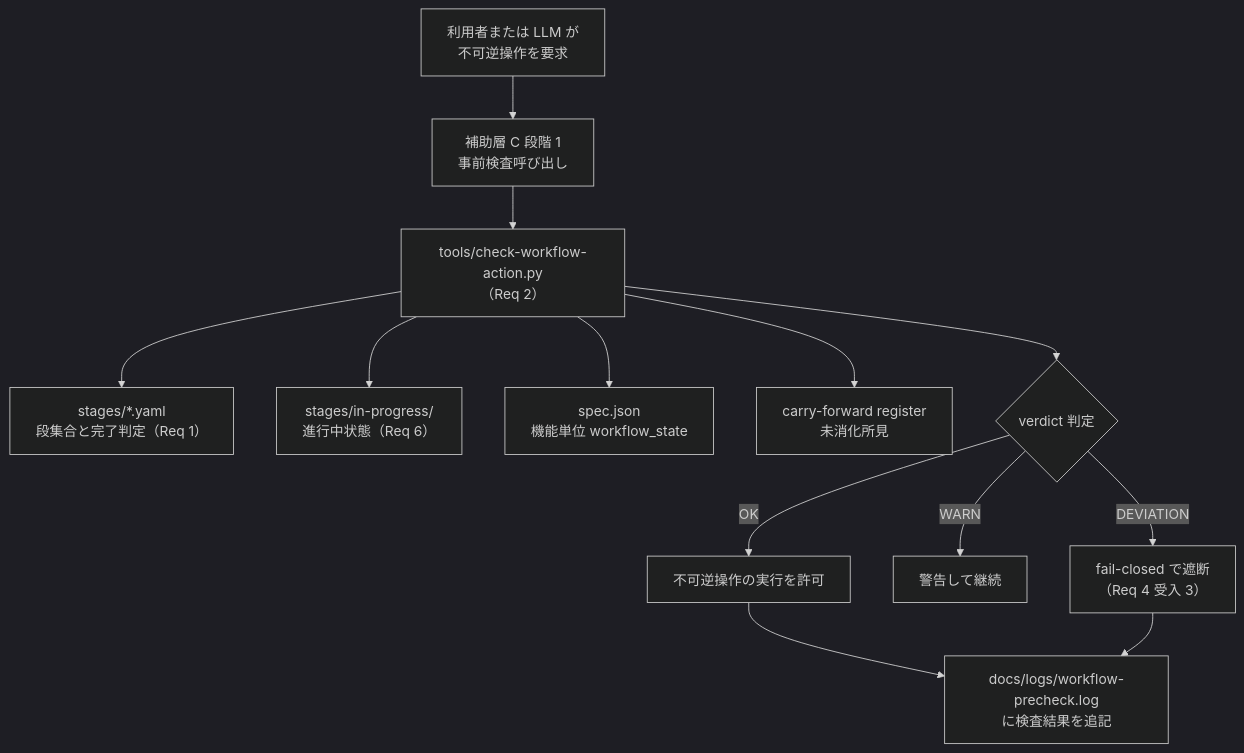
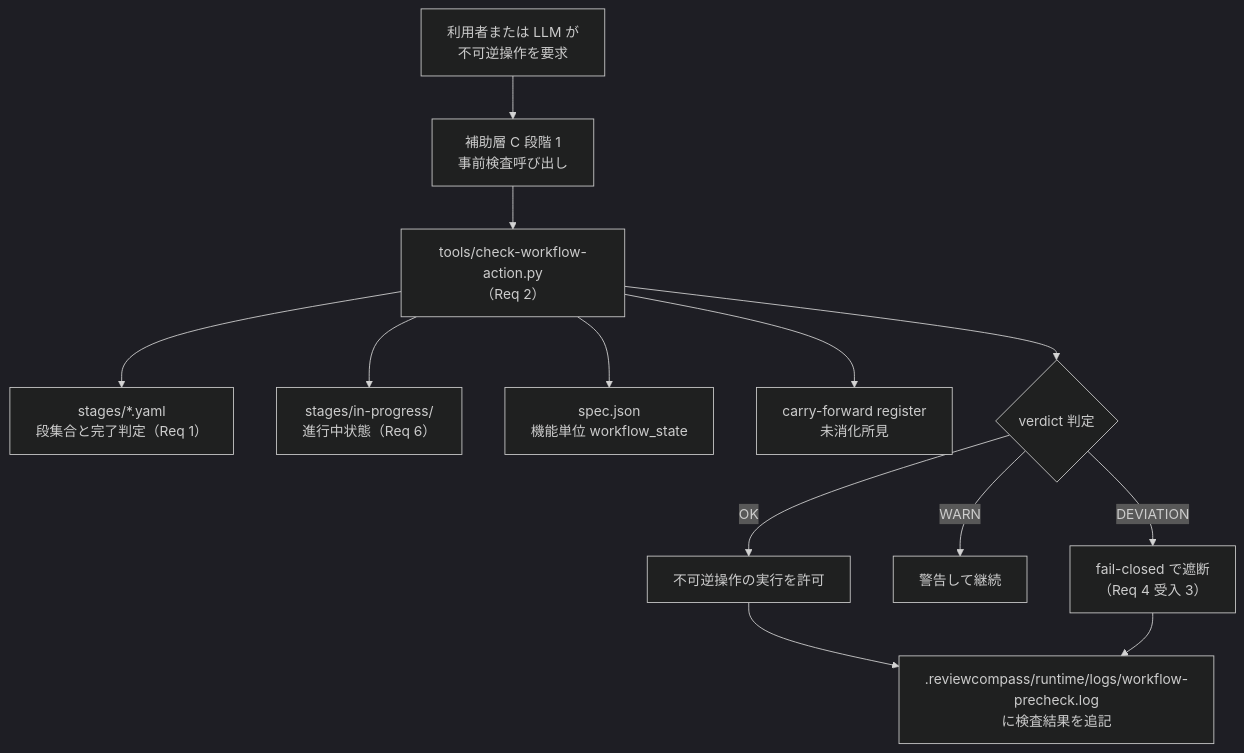
One commit to kenoogl/ReviewCompass changed the diagram in .reviewcompass/specs/workflow-management/design.md. Above: the diagram before and after it, drawn with Mermaid (dark theme). The commit also changed other lines of this file and 19 other files, not shown here.

````diff
--- a/.reviewcompass/specs/workflow-management/design.md
+++ b/.reviewcompass/specs/workflow-management/design.md
@@ -73,15 +73,15 @@
 ```mermaid
 graph TD
     Trigger["利用者または LLM が<br>不可逆操作を要求"] --> Precheck["補助層 C 段階 1<br>事前検査呼び出し"]
     Precheck --> Script["tools/check-workflow-action.py<br>（Req 2）"]
     Script --> Stages["stages/*.yaml<br>段集合と完了判定（Req 1）"]
     Script --> InProgress["stages/in-progress/<br>進行中状態（Req 6）"]
     Script --> SpecJson["spec.json<br>機能単位 workflow_state"]
     Script --> CarryForward["carry-forward register<br>未消化所見"]
     Script --> Verdict{"verdict 判定"}
     Verdict -->|OK| Pass["不可逆操作の実行を許可"]
     Verdict -->|WARN| Warn["警告して継続"]
     Verdict -->|DEVIATION| Block["fail-closed で遮断<br>（Req 4 受入 3）"]
-    Pass --> Log["docs/logs/workflow-precheck.log<br>に検査結果を追記"]
+    Pass --> Log[".reviewcompass/runtime/logs/workflow-precheck.log<br>に検査結果を追記"]
     Block --> Log
 ```
````
